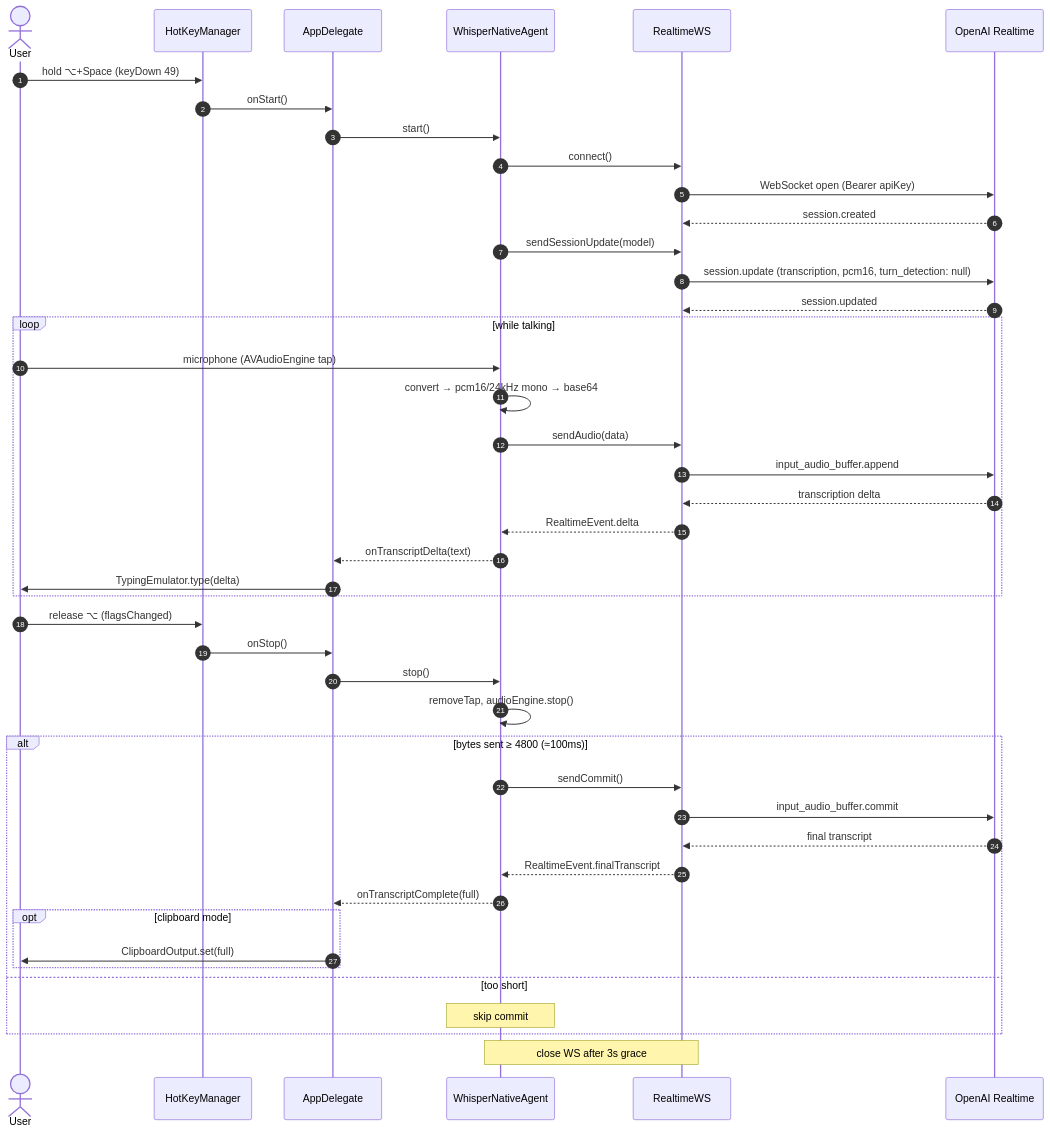
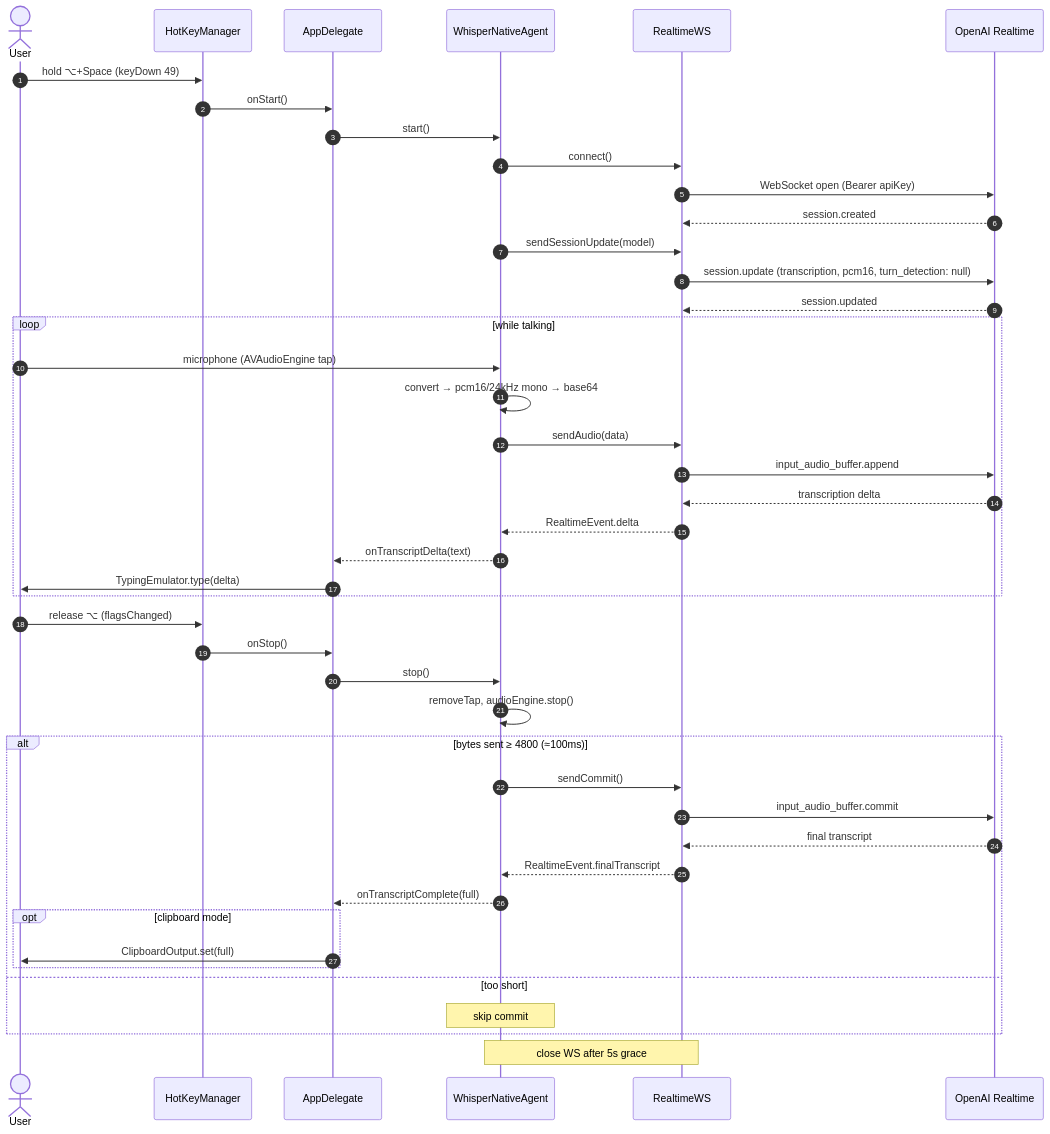
Before and after one commit to laiso/whistt: the third of 4 diagrams in ARCHITECTURE.md, drawn with Mermaid. The commit also changed other lines of this file and 9 other files, not shown here.

````diff
--- a/ARCHITECTURE.md
+++ b/ARCHITECTURE.md
@@ -87,50 +99,50 @@
 ```mermaid
 sequenceDiagram
     autonumber
     actor U as User
     participant HK as HotKeyManager
     participant AD as AppDelegate
     participant WA as WhisperNativeAgent
     participant WS as RealtimeWS
     participant API as OpenAI Realtime
 
     U->>HK: hold ⌥+Space (keyDown 49)
     HK->>AD: onStart()
     AD->>WA: start()
     WA->>WS: connect()
     WS->>API: WebSocket open (Bearer apiKey)
     API-->>WS: session.created
     WA->>WS: sendSessionUpdate(model)
     WS->>API: session.update (transcription, pcm16, turn_detection: null)
     API-->>WS: session.updated
 
     loop while talking
         U->>WA: microphone (AVAudioEngine tap)
         WA->>WA: convert → pcm16/24kHz mono → base64
         WA->>WS: sendAudio(data)
         WS->>API: input_audio_buffer.append
         API-->>WS: transcription delta
         WS-->>WA: RealtimeEvent.delta
         WA-->>AD: onTranscriptDelta(text)
         AD->>U: TypingEmulator.type(delta)
     end
 
     U->>HK: release ⌥ (flagsChanged)
     HK->>AD: onStop()
     AD->>WA: stop()
     WA->>WA: removeTap, audioEngine.stop()
 
     alt bytes sent ≥ 4800 (≈100ms)
         WA->>WS: sendCommit()
         WS->>API: input_audio_buffer.commit
         API-->>WS: final transcript
         WS-->>WA: RealtimeEvent.finalTranscript
         WA-->>AD: onTranscriptComplete(full)
         opt clipboard mode
             AD->>U: ClipboardOutput.set(full)
         end
     else too short
         Note over WA: skip commit
     end
-    Note over WA,WS: close WS after 3s grace
+    Note over WA,WS: close WS after 5s grace
 ```
````
